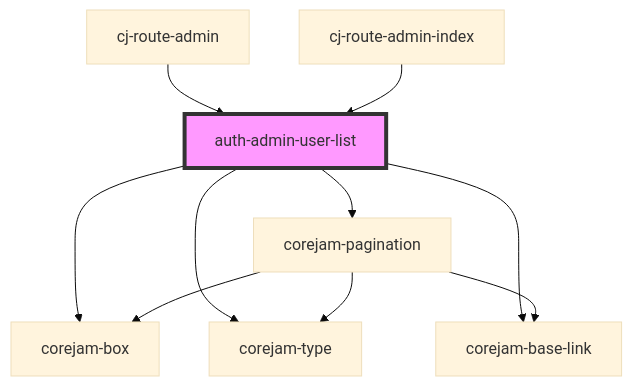
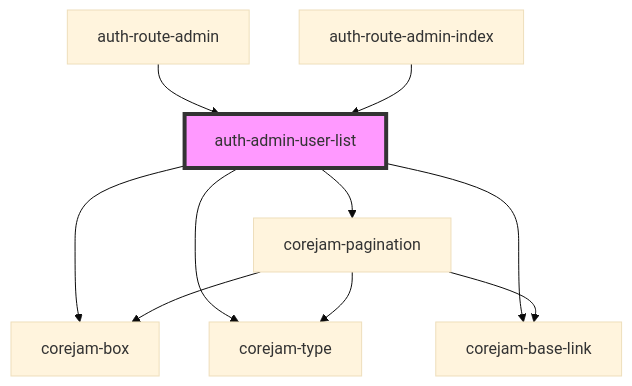
Before and after one commit to corejam/corejam: the diagram in packages/auth/app/components/AdminUserList/readme.md, drawn with Mermaid (base theme). The commit also changed other lines of this file and 43 other files, not shown here.

````diff
--- a/packages/auth/app/components/AdminUserList/readme.md
+++ b/packages/auth/app/components/AdminUserList/readme.md
@@ -31,13 +31,13 @@
 ```mermaid
 graph TD;
   auth-admin-user-list --> corejam-box
   auth-admin-user-list --> corejam-type
   auth-admin-user-list --> corejam-base-link
   auth-admin-user-list --> corejam-pagination
   corejam-pagination --> corejam-box
   corejam-pagination --> corejam-base-link
   corejam-pagination --> corejam-type
-  cj-route-admin --> auth-admin-user-list
-  cj-route-admin-index --> auth-admin-user-list
+  auth-route-admin --> auth-admin-user-list
+  auth-route-admin-index --> auth-admin-user-list
   style auth-admin-user-list fill:#f9f,stroke:#333,stroke-width:4px
 ```
````
